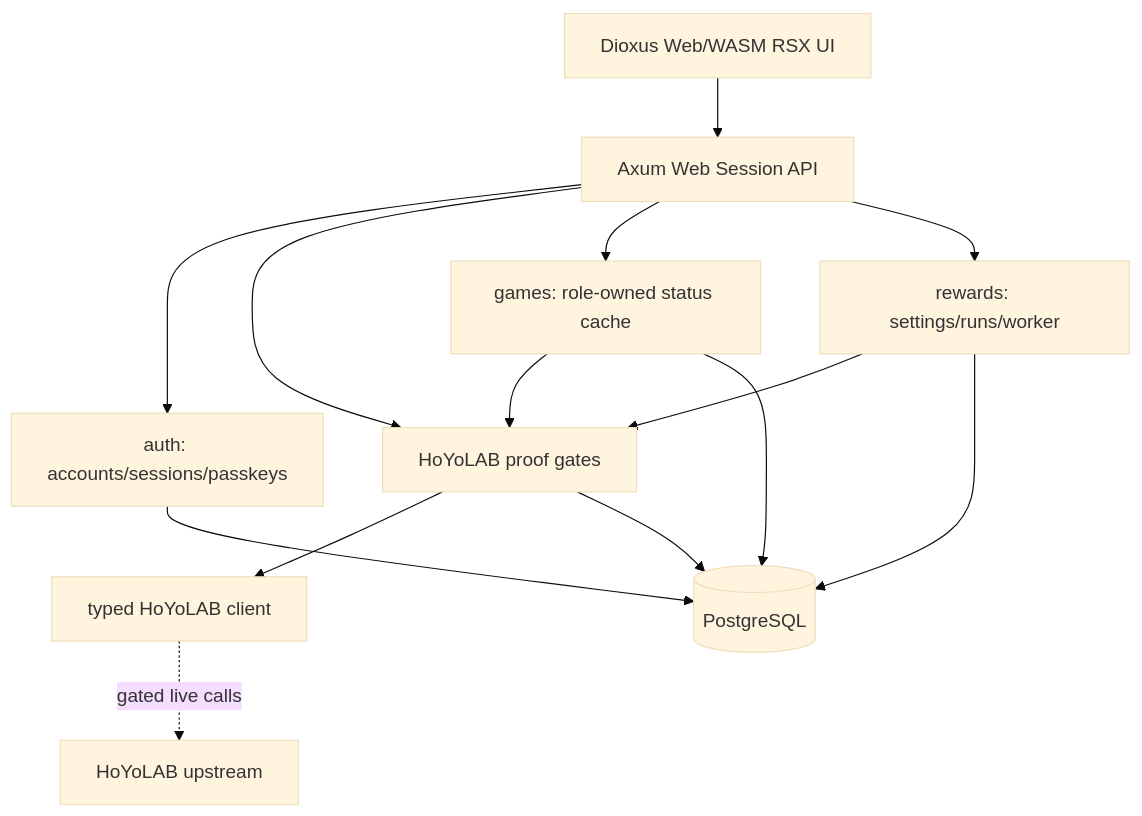
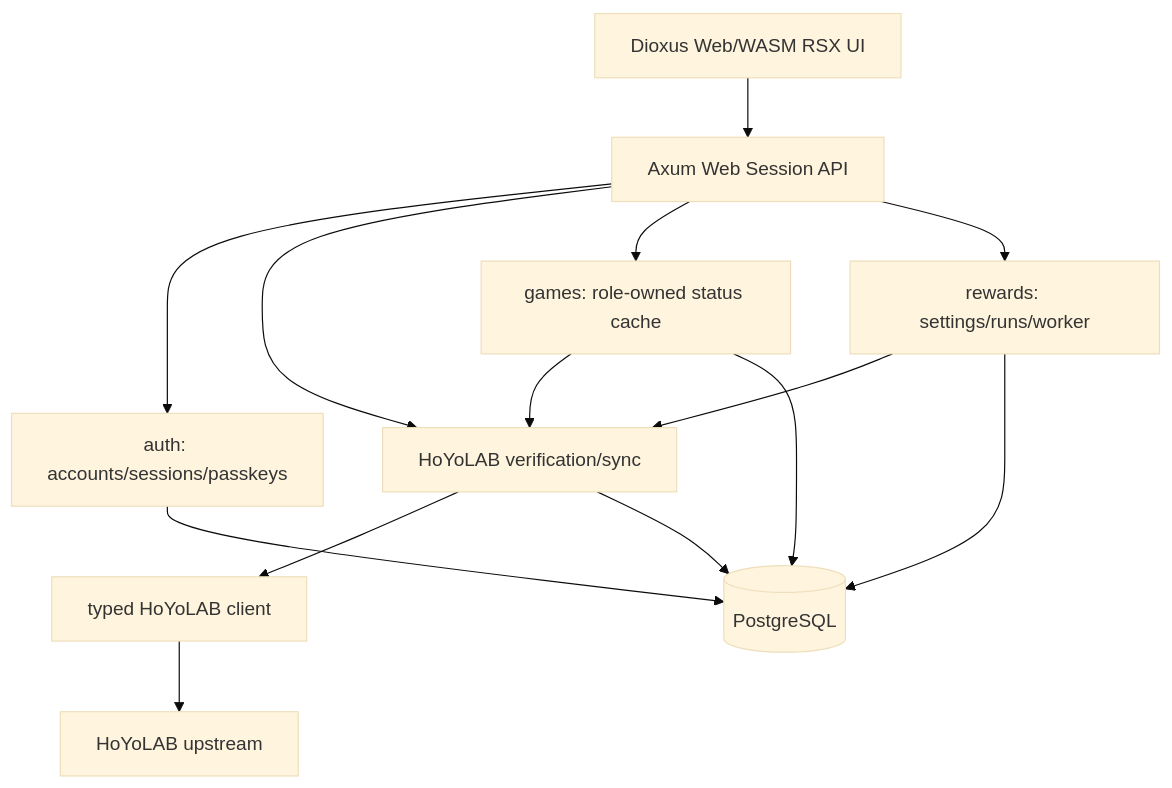
One commit to AttODao/AttOsHoYoDashboard changed the first of 3 diagrams in docs/design/AttOsGameDashboard.md. Above: the diagram before and after it, drawn with Mermaid (base theme). The commit also changed other lines of this file and 20 other files, not shown here.

````diff
--- a/docs/design/AttOsGameDashboard.md
+++ b/docs/design/AttOsGameDashboard.md
@@ -7,16 +7,16 @@
 ```mermaid
 flowchart TB
     browser["Dioxus Web/WASM RSX UI"] --> api["Axum Web Session API"]
     api --> auth["auth: accounts/sessions/passkeys"]
-    api --> hl["HoYoLAB proof gates"]
+    api --> hl["HoYoLAB verification/sync"]
     api --> games["games: role-owned status cache"]
     api --> rewards["rewards: settings/runs/worker"]
     rewards --> hl
     games --> hl
     hl --> client["typed HoYoLAB client"]
     auth --> db[(PostgreSQL)]
     hl --> db
     games --> db
     rewards --> db
-    client -. gated live calls .-> upstream["HoYoLAB upstream"]
+    client --> upstream["HoYoLAB upstream"]
 ```
````
